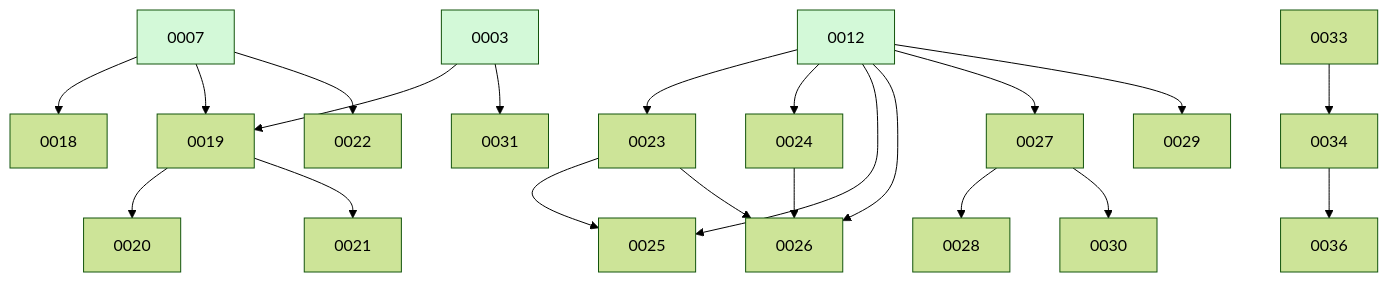
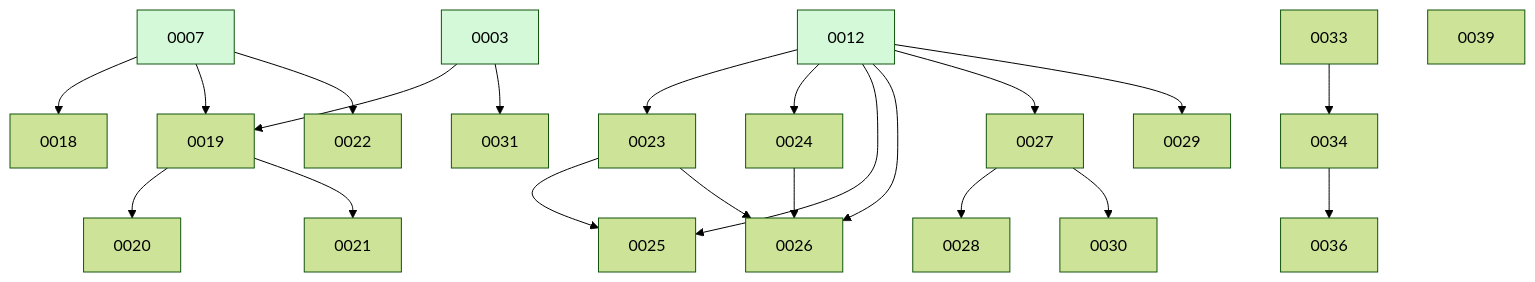
Before and after one commit to ethanhinson/fuse: the diagram in docs/changes/BOARD.md, drawn with Mermaid (forest theme). The commit also changed other lines of this file, not shown here.

````diff
--- a/docs/changes/BOARD.md
+++ b/docs/changes/BOARD.md
@@ -27,28 +28,29 @@
 ```mermaid
 graph TD
   0007 --> 0018
   0003 --> 0019
   0007 --> 0019
   0019 --> 0020
   0019 --> 0021
   0007 --> 0022
   0012 --> 0023
   0012 --> 0024
   0012 --> 0025
   0023 --> 0025
   0012 --> 0026
   0023 --> 0026
   0024 --> 0026
   0012 --> 0027
   0027 --> 0028
   0012 --> 0029
   0027 --> 0030
   0003 --> 0031
   0033
   0033 --> 0034
   0034 --> 0036
+  0039
   0003:::done
   0007:::done
   0012:::done
   classDef done fill:#d3f9d8;
 ```
````
